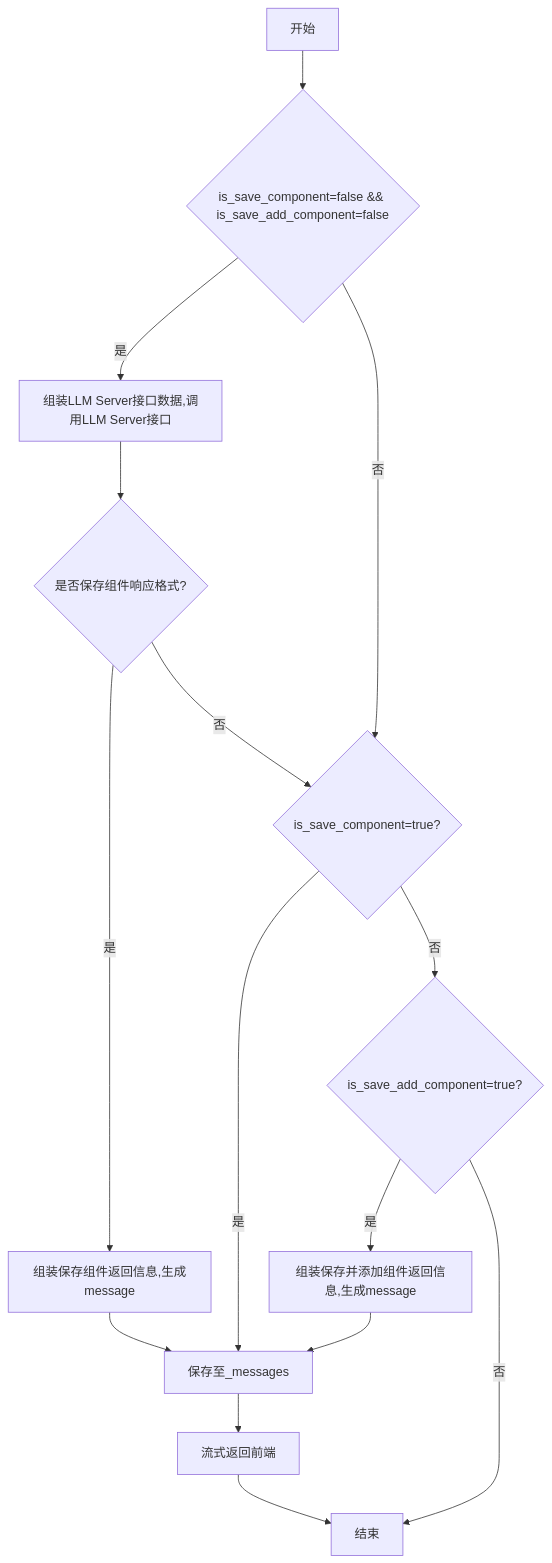
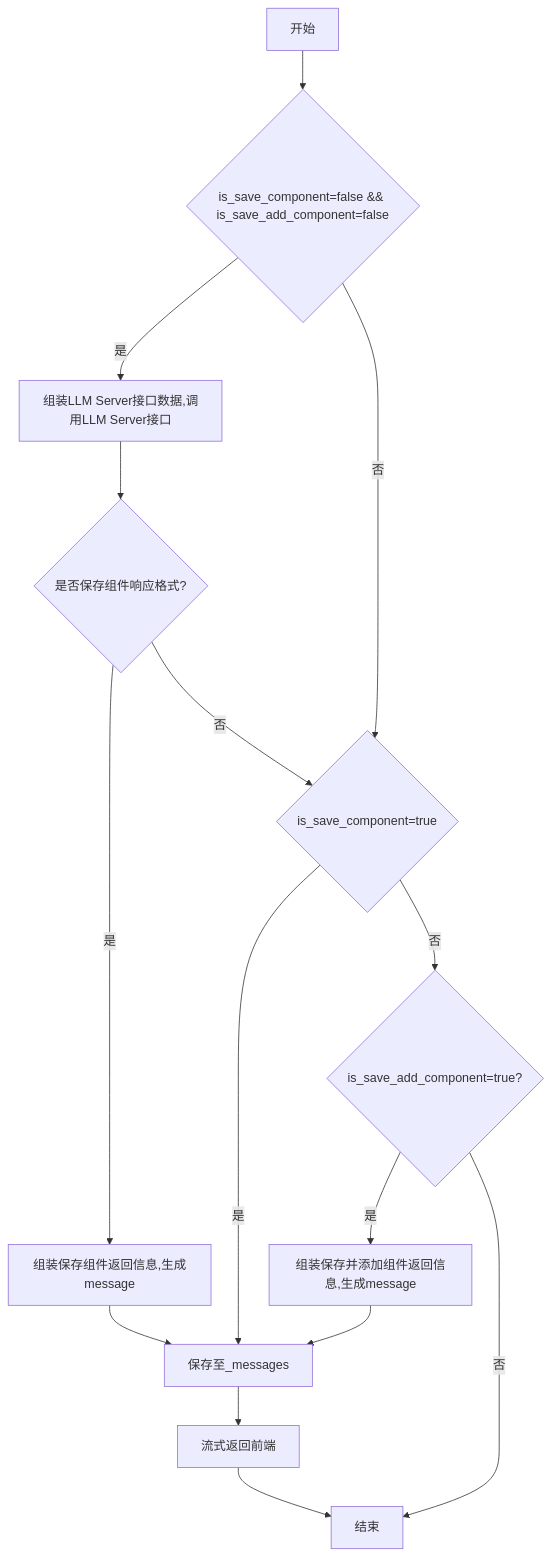
Before and after one commit to yingjianzh/iodraw-files: the diagram in all/未命名-7.md, drawn with Mermaid.

Commit message:
2024-10-12 13:57:33 update

````diff
--- a/all/未命名-7.md
+++ b/all/未命名-7.md
@@ -1,18 +1,18 @@
 ```mermaid
 flowchart TD
     A[开始] --> B{is_save_component=false && is_save_add_component=false}
     B -- 是 --> C[组装LLM Server接口数据,调用LLM Server接口]
-    B -- 否 --> D{is_save_component=true?}
+    B -- 否 --> D{is_save_component=true}
     C --> E{是否保存组件响应格式?}
     E -- 是 --> F[组装保存组件返回信息,生成message]
     E -- 否 --> D
     F --> G[保存至_messages]
     G --> H[流式返回前端]
     H --> I[结束]
     D -- 是 --> G
     D -- 否 --> J{is_save_add_component=true?}
     J -- 是 --> K[组装保存并添加组件返回信息,生成message]
     K --> G
     J -- 否 --> I
 
 ```
````
